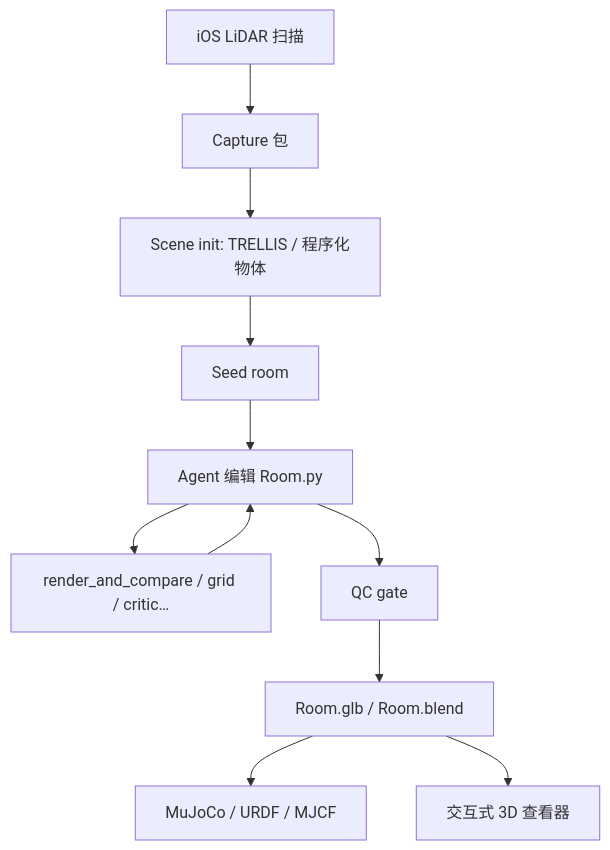
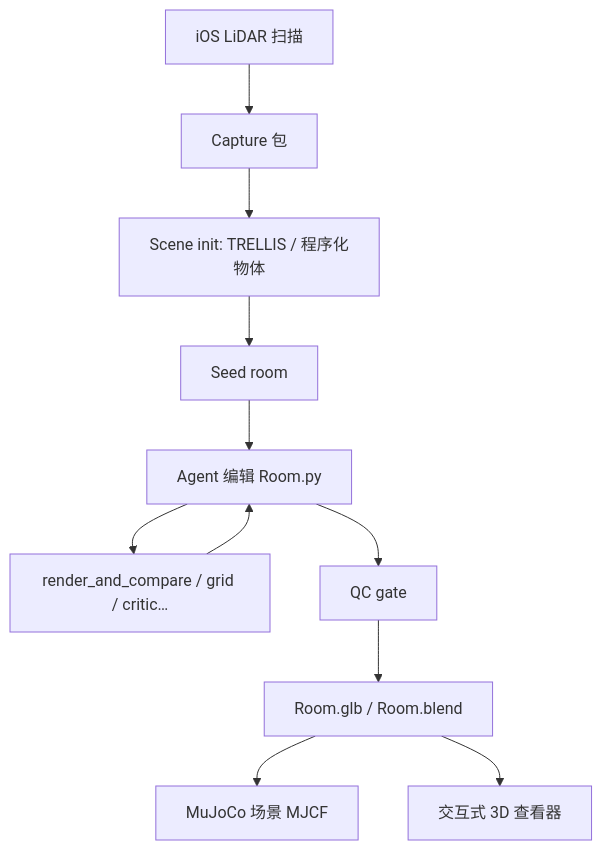
The first of 2 diagrams in wiki/entities/litereality-agent.md (ImChong/Robotics_Notebooks), drawn with Mermaid before and after one commit. The commit also changed other lines of this file and 4 other files, not shown here.

````diff
--- a/wiki/entities/litereality-agent.md
+++ b/wiki/entities/litereality-agent.md
@@ -67,13 +69,13 @@
 ```mermaid
 flowchart TB
   scan[iOS LiDAR 扫描] --> cap[Capture 包]
   cap --> init[Scene init: TRELLIS / 程序化物体]
   init --> seed[Seed room]
   seed --> loop[Agent 编辑 Room.py]
   loop --> tools[render_and_compare / grid / critic…]
   tools --> loop
   loop --> qc[QC gate]
   qc --> out[Room.glb / Room.blend]
-  out --> sim[MuJoCo / URDF / MJCF]
+  out --> sim[MuJoCo 场景 MJCF]
   out --> viewer[交互式 3D 查看器]
 ```
````
